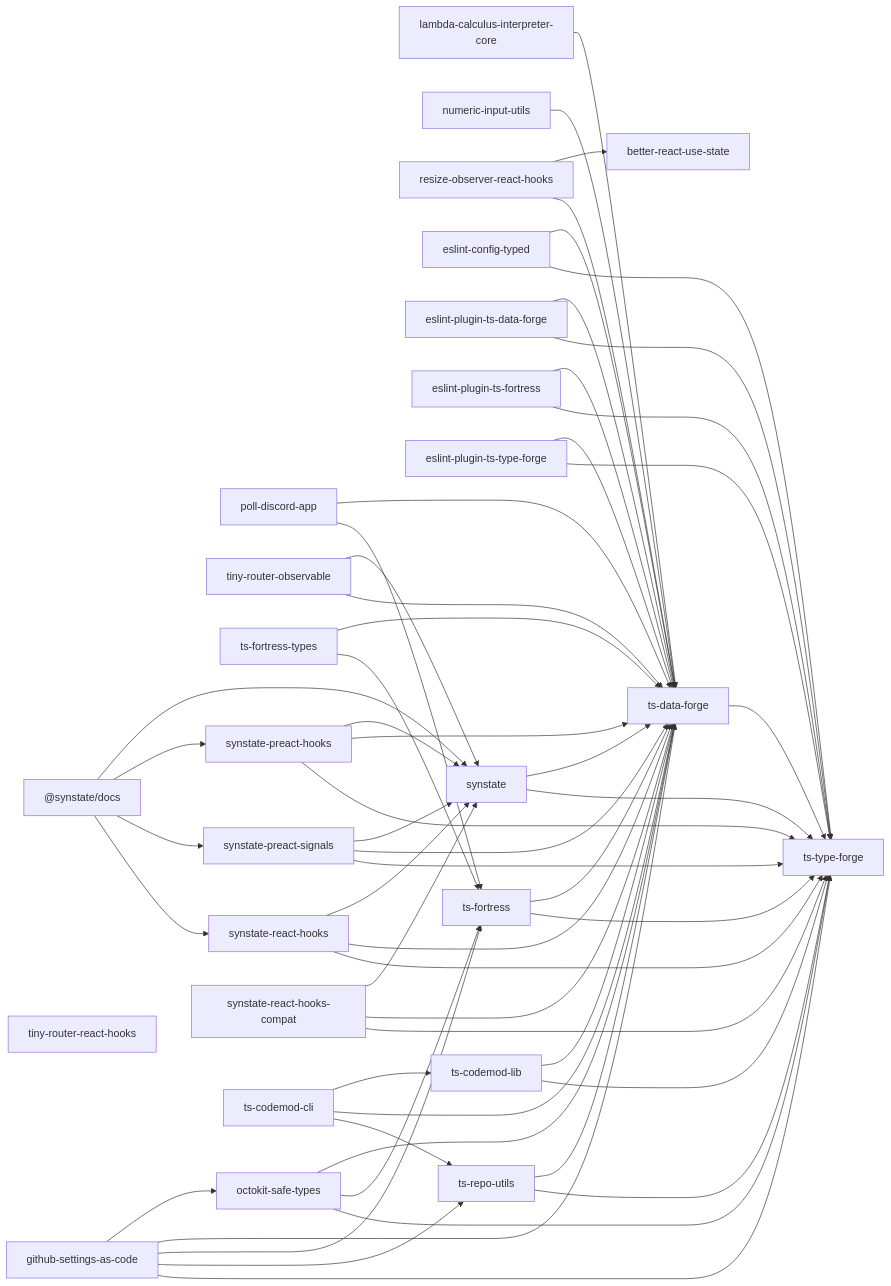
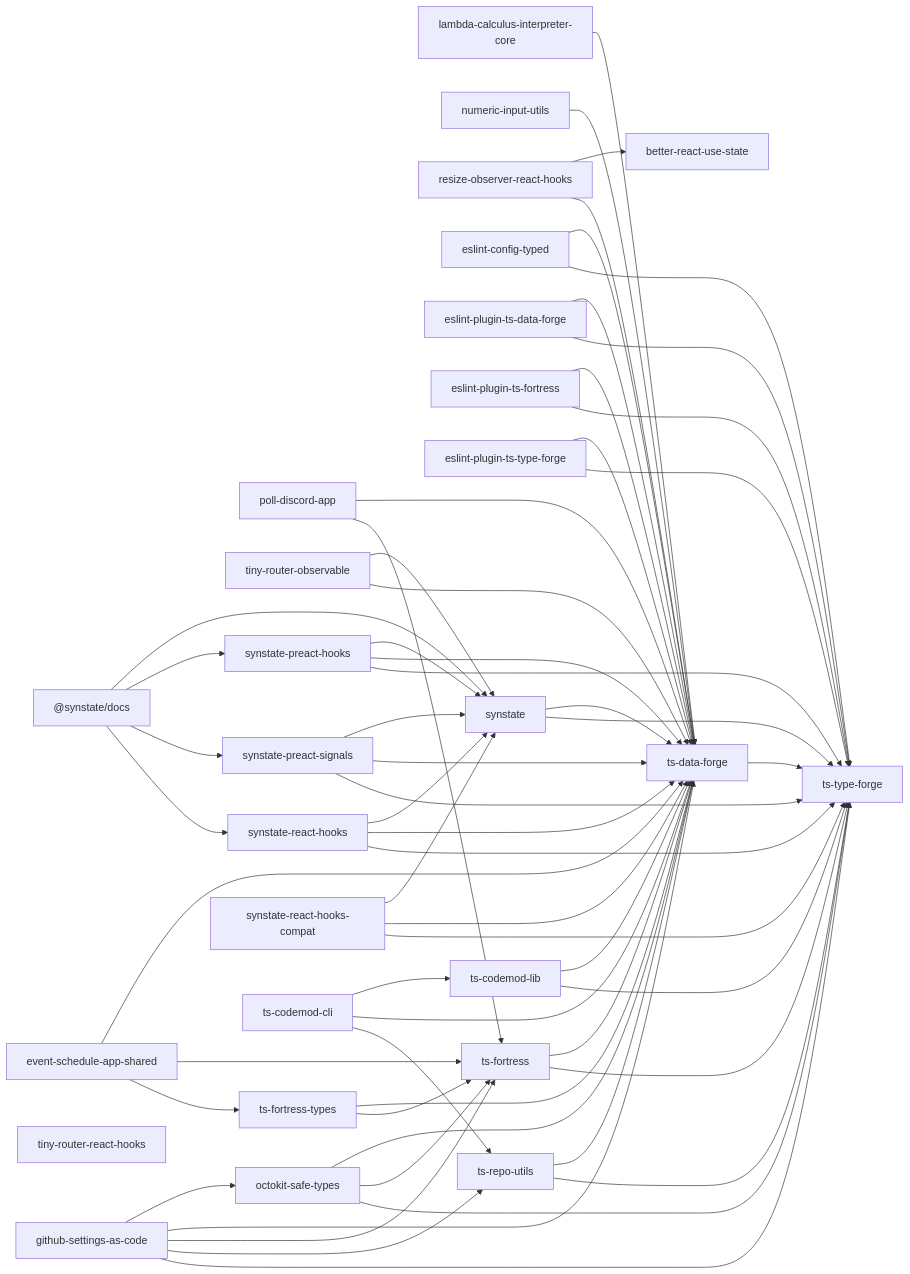
Before and after one commit to noshiro-pf/mono: the diagram in docs/package-dependencies.md, drawn with Mermaid. The commit also changed other lines of this file and 195 other files, not shown here.

First line of the commit message:
feat: restore event-schedule-app-shared from experimental/ (#1625)

````diff
--- a/docs/package-dependencies.md
+++ b/docs/package-dependencies.md
@@ -13,5 +13,6 @@
 ```mermaid
 graph LR
+  event_schedule_app_shared["event-schedule-app-shared"]
   lambda_calculus_interpreter_core["lambda-calculus-interpreter-core"]
   numeric_input_utils["numeric-input-utils"]
   poll_discord_app["poll-discord-app"]
@@ -38,6 +39,9 @@
   ts_fortress["ts-fortress"]
   ts_repo_utils["ts-repo-utils"]
   ts_type_forge["ts-type-forge"]
+  event_schedule_app_shared --> ts_data_forge
+  event_schedule_app_shared --> ts_fortress
+  event_schedule_app_shared --> ts_fortress_types
   lambda_calculus_interpreter_core --> ts_data_forge
   numeric_input_utils --> ts_data_forge
   poll_discord_app --> ts_data_forge
````
